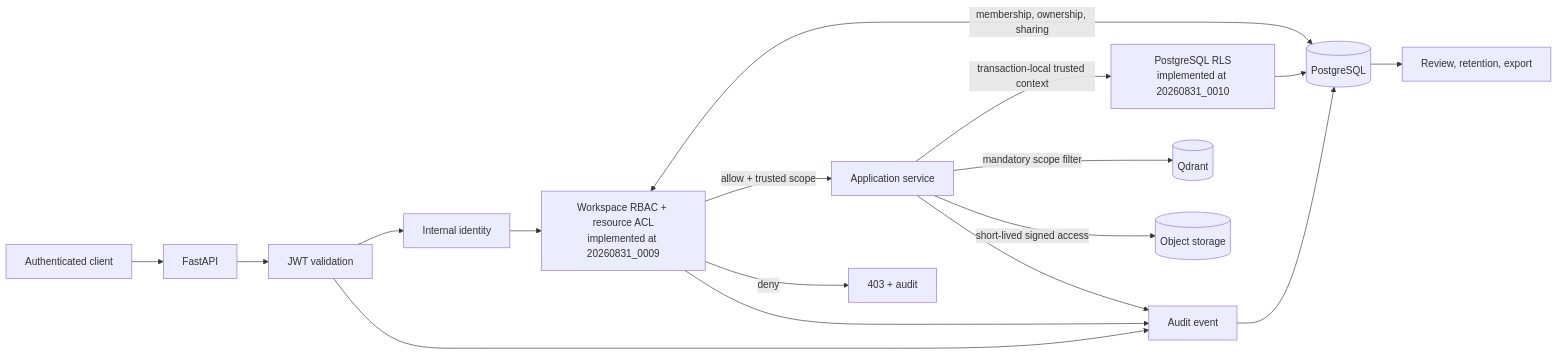
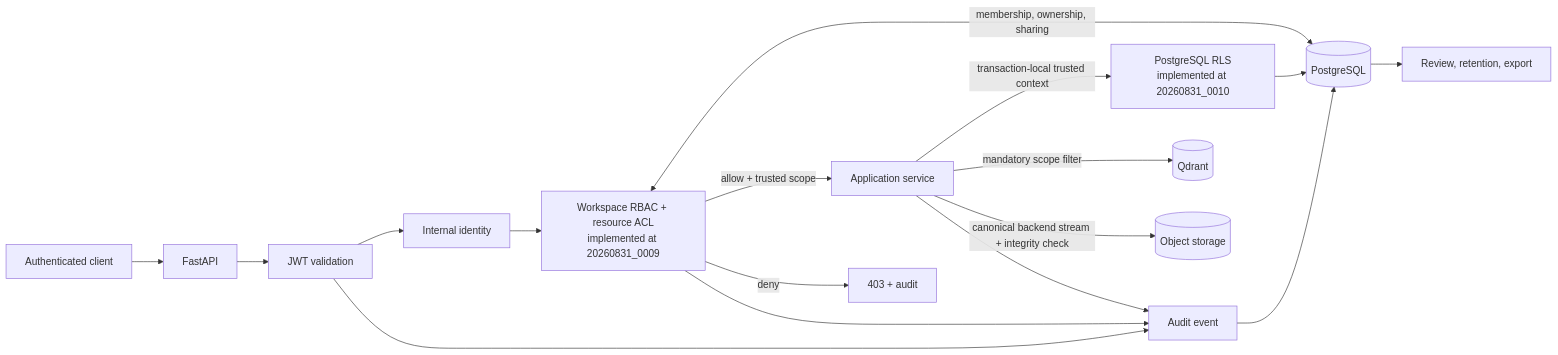
The sixth of 11 diagrams in mm-rag-full-stack-genai-bootcamp-3.0/docs/architecture/ARCHITECTURE.md (mvyas412/ai-projects), drawn with Mermaid before and after one commit. The commit also changed other lines of this file and 18 other files, not shown here.

````diff
--- a/mm-rag-full-stack-genai-bootcamp-3.0/docs/architecture/ARCHITECTURE.md
+++ b/mm-rag-full-stack-genai-bootcamp-3.0/docs/architecture/ARCHITECTURE.md
@@ -305,19 +306,19 @@
 ```mermaid
 flowchart LR
     client["Authenticated client"] --> api["FastAPI"]
     api --> jwt["JWT validation"]
     jwt --> identity["Internal identity"]
     identity --> policy["Workspace RBAC + resource ACL<br/>implemented at 20260831_0009"]
     policy <-->|"membership, ownership, sharing"| pg[("PostgreSQL")]
     policy -->|"allow + trusted scope"| service["Application service"]
     policy -->|"deny"| denied["403 + audit"]
     service -->|"transaction-local trusted context"| rls["PostgreSQL RLS<br/>implemented at 20260831_0010"]
     rls --> pg
     service -->|"mandatory scope filter"| qdrant[("Qdrant")]
-    service -->|"short-lived signed access"| objects[("Object storage")]
+    service -->|"canonical backend stream + integrity check"| objects[("Object storage")]
     jwt --> audit["Audit event"]
     policy --> audit
     service --> audit
     audit --> pg
     pg --> compliance["Review, retention, export"]
 ```
````
